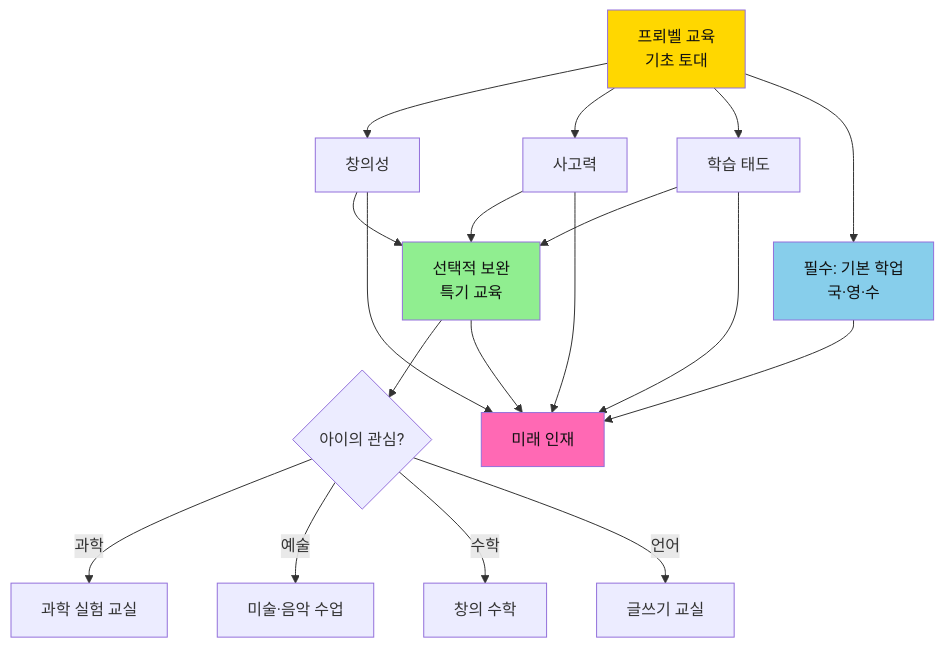
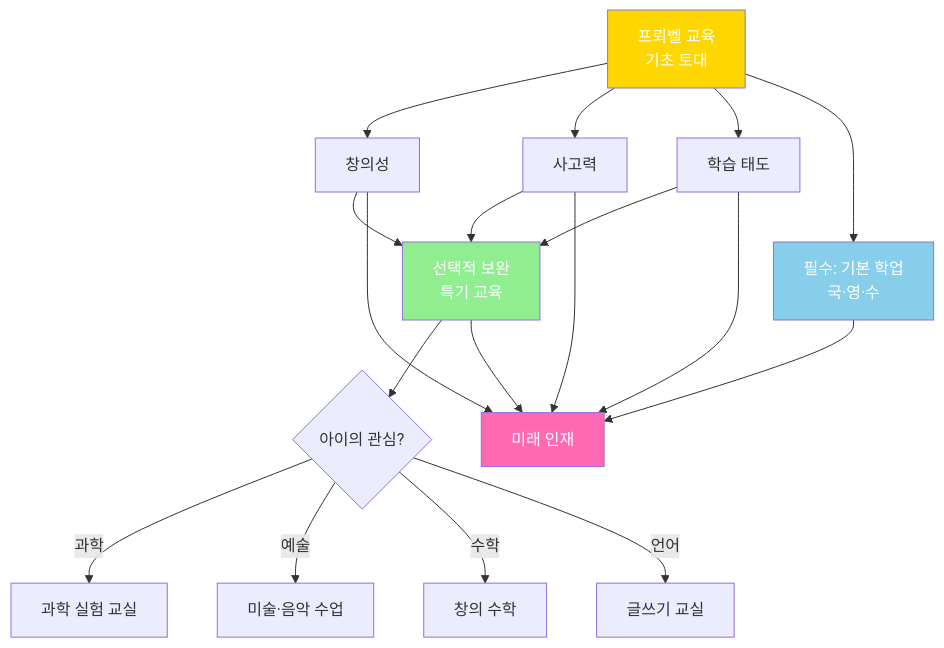
One commit to Collegenie-X/froebel changed the tenth of 34 diagrams in 3단계_프뢰벨_FAQ_핵심가치.md. Above: the diagram before and after it, drawn with Mermaid. The commit also changed other lines of this file and 4 other files, not shown here.

````diff
--- a/3단계_프뢰벨_FAQ_핵심가치.md
+++ b/3단계_프뢰벨_FAQ_핵심가치.md
@@ -553,30 +553,30 @@
 ```mermaid
 graph TD
     A[프뢰벨 교육<br/>기초 토대] --> B[창의성]
     A --> C[사고력]
     A --> D[학습 태도]
     
     B --> E[선택적 보완<br/>특기 교육]
     C --> E
     D --> E
     
     E --> F{아이의 관심?}
     
     F -->|과학| G[과학 실험 교실]
     F -->|예술| H[미술·음악 수업]
     F -->|수학| I[창의 수학]
     F -->|언어| J[글쓰기 교실]
     
     A --> K[필수: 기본 학업<br/>국·영·수]
     
     B --> L[미래 인재]
     C --> L
     D --> L
     E --> L
     K --> L
     
-    style A fill:#FFD700,color:#111
-    style E fill:#90EE90,color:#111
-    style K fill:#87CEEB,color:#111
-    style L fill:#FF69B4,color:#111
+    style A fill:#FFD700,color:#fff
+    style E fill:#90EE90,color:#fff
+    style K fill:#87CEEB,color:#fff
+    style L fill:#FF69B4,color:#fff
 ```
````
